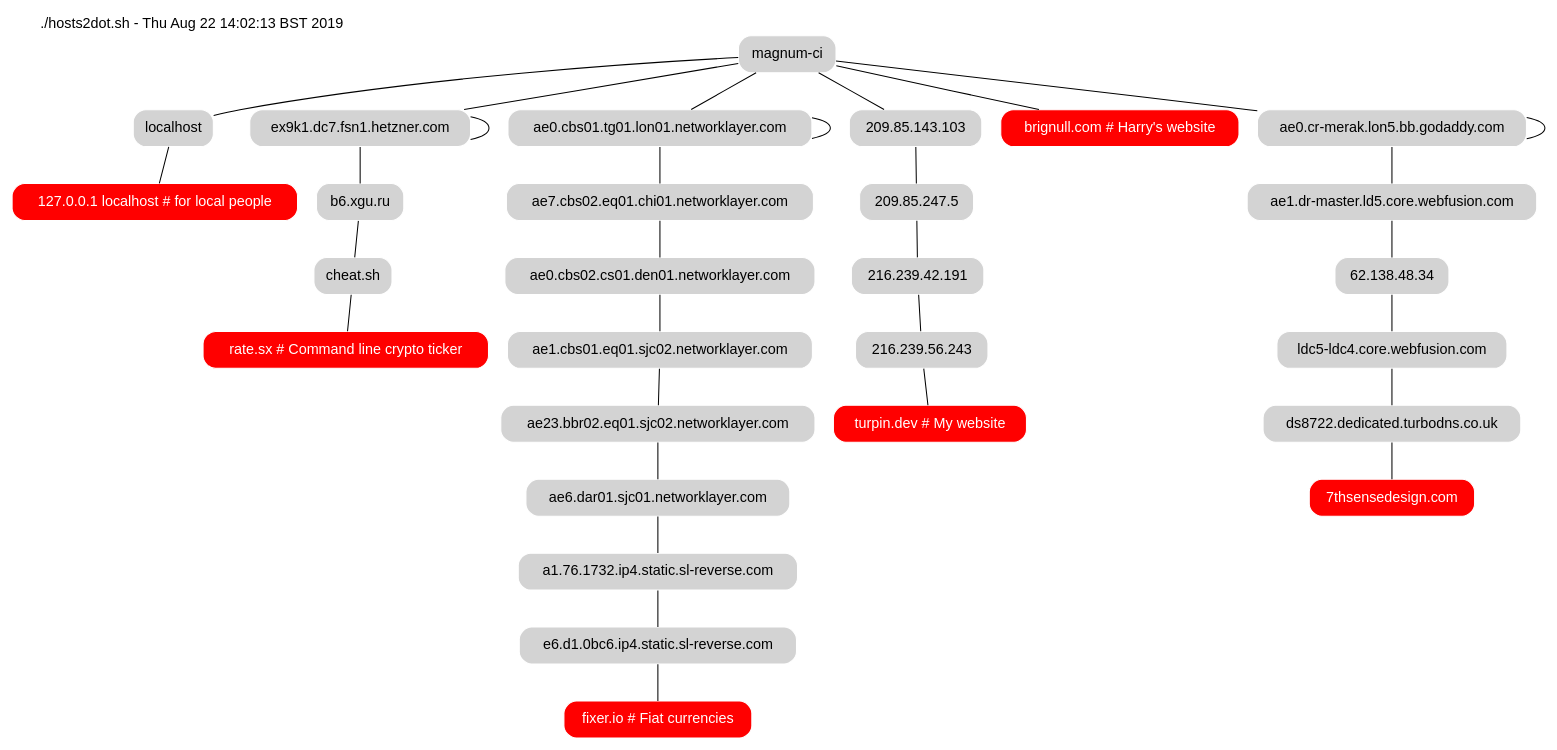
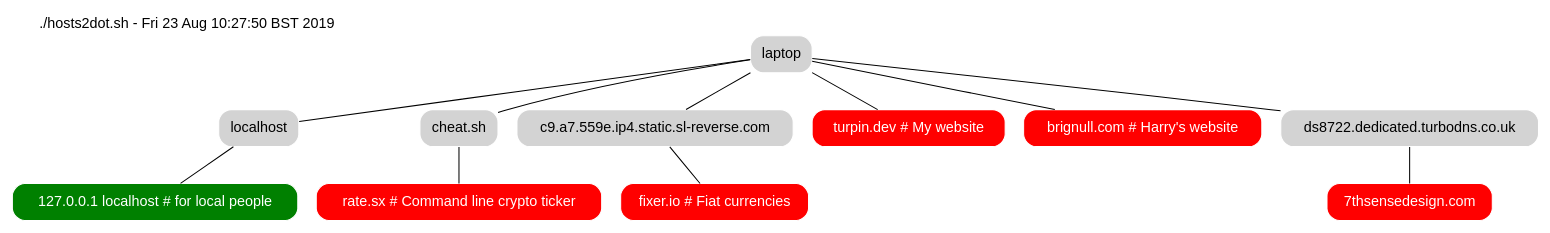
One commit to deanturpin/magnum-ci changed the diagram in artefacts/hosts2dot/topology.dot. Above: the diagram before and after it, drawn with Graphviz. The commit also changed 14 other files, not shown here.

```diff
--- a/artefacts/hosts2dot/topology.dot
+++ b/artefacts/hosts2dot/topology.dot
@@ -1,18 +1,18 @@
 strict graph {
 fontname=helvetica
 node [shape=rect style="filled,rounded" color=white fillcolor=lightgrey fontname=helvetica]
-soy_yo [label="magnum-ci"]
-graph [label="./hosts2dot.sh - Thu Aug 22 14:02:13 BST 2019" labelloc=top labeljust=left]
-"127.0.0.1 localhost # for local people" [fillcolor=red fontcolor=white]
+soy_yo [label="laptop"]
+graph [label="./hosts2dot.sh - Fri 23 Aug 10:27:50 BST 2019" labelloc=top labeljust=left]
+"127.0.0.1 localhost # for local people" [fillcolor=green fontcolor=white]
 soy_yo--"localhost"--"127.0.0.1 localhost # for local people"
 "rate.sx # Command line crypto ticker" [fillcolor=red fontcolor=white]
-soy_yo--"ex9k1.dc7.fsn1.hetzner.com"--"ex9k1.dc7.fsn1.hetzner.com"--"b6.xgu.ru"--"cheat.sh"--"rate.sx # Command line crypto ticker"
+soy_yo--"cheat.sh"--"rate.sx # Command line crypto ticker"
 "fixer.io # Fiat currencies" [fillcolor=red fontcolor=white]
-soy_yo--"ae0.cbs01.tg01.lon01.networklayer.com"--"ae0.cbs01.tg01.lon01.networklayer.com"--"ae7.cbs02.eq01.chi01.networklayer.com"--"ae0.cbs02.cs01.den01.networklayer.com"--"ae1.cbs01.eq01.sjc02.networklayer.com"--"ae23.bbr02.eq01.sjc02.networklayer.com"--"ae6.dar01.sjc01.networklayer.com"--"a1.76.1732.ip4.static.sl-reverse.com"--"e6.d1.0bc6.ip4.static.sl-reverse.com"--"fixer.io # Fiat currencies"
+soy_yo--"c9.a7.559e.ip4.static.sl-reverse.com"--"fixer.io # Fiat currencies"
 "turpin.dev # My website" [fillcolor=red fontcolor=white]
-soy_yo--"209.85.143.103"--"209.85.247.5"--"216.239.42.191"--"216.239.56.243"--"turpin.dev # My website"
+soy_yo--"turpin.dev # My website"
 "brignull.com # Harry's website" [fillcolor=red fontcolor=white]
 soy_yo--"brignull.com # Harry's website"
 "7thsensedesign.com" [fillcolor=red fontcolor=white]
-soy_yo--"ae0.cr-merak.lon5.bb.godaddy.com"--"ae0.cr-merak.lon5.bb.godaddy.com"--"ae1.dr-master.ld5.core.webfusion.com"--"62.138.48.34"--"ldc5-ldc4.core.webfusion.com"--"ds8722.dedicated.turbodns.co.uk"--"7thsensedesign.com"
+soy_yo--"ds8722.dedicated.turbodns.co.uk"--"7thsensedesign.com"
 }
```
